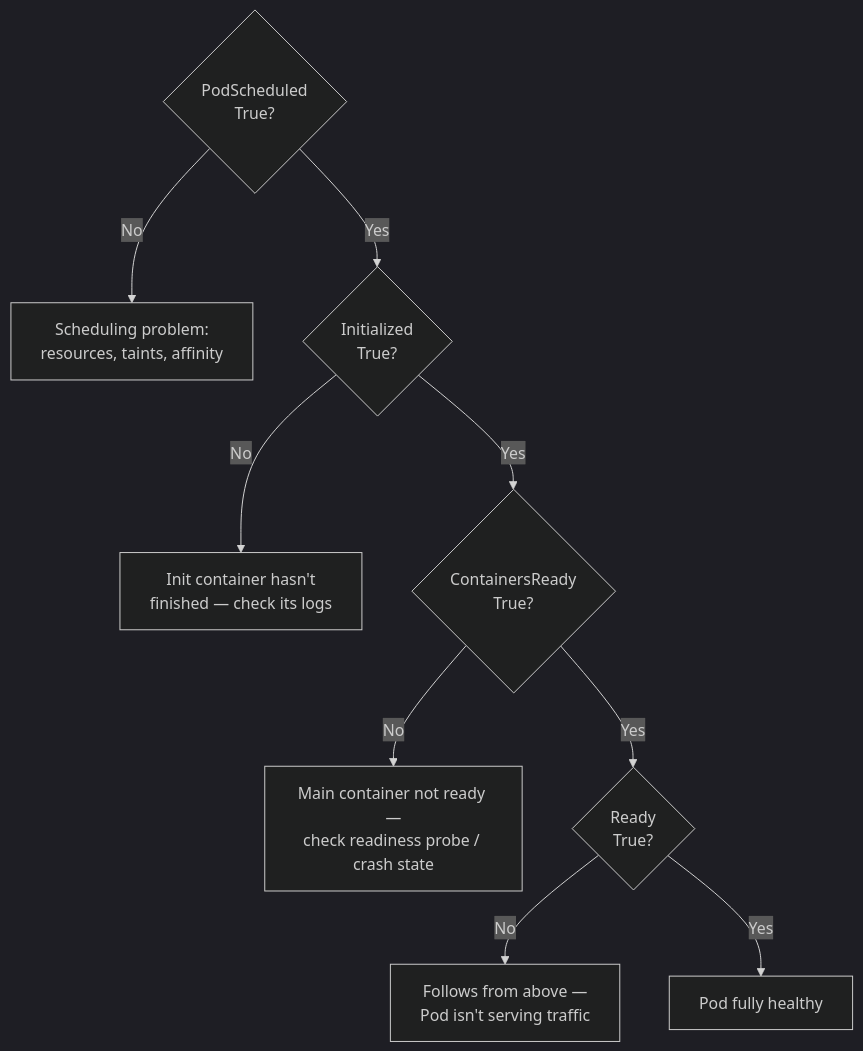
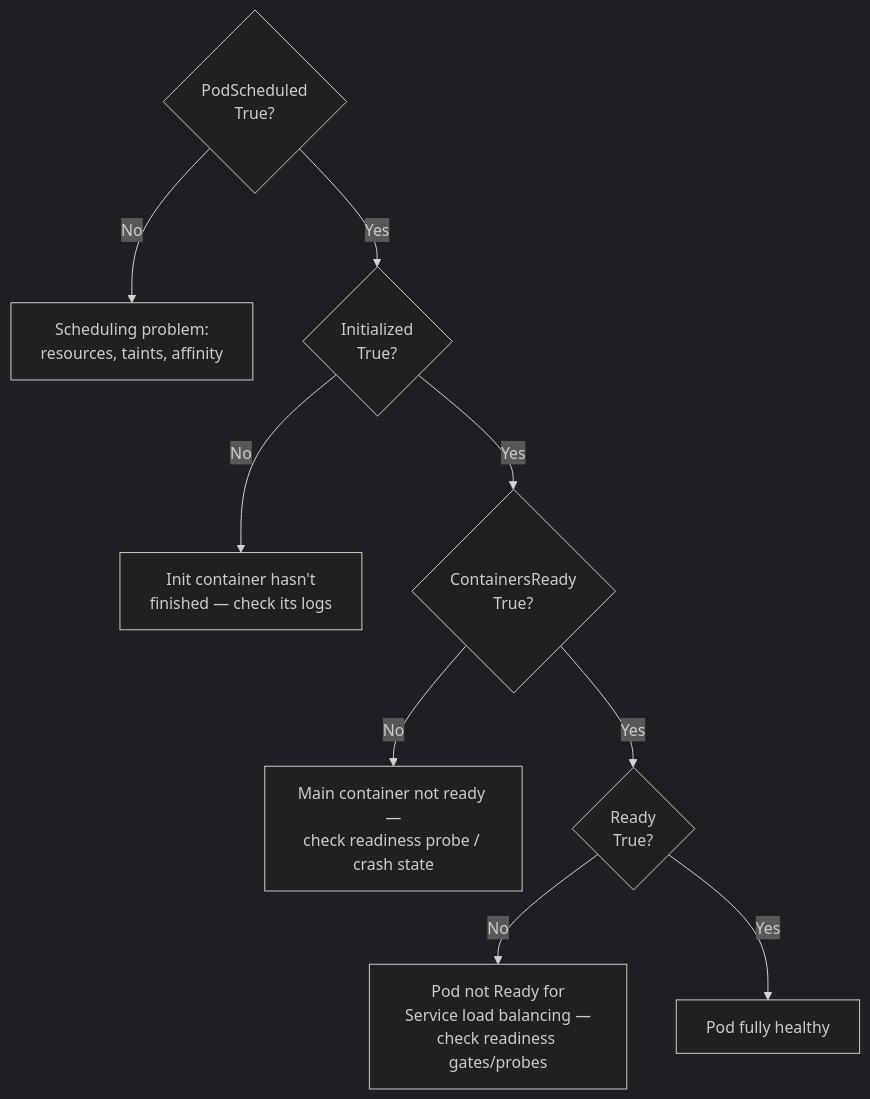
One commit to karthikreddy432/CKAD changed the second of 4 diagrams in 05_chapter_observability_maintenance.md. Above: the diagram before and after it, drawn with Mermaid (dark theme). The commit also changed other lines of this file and 13 other files, not shown here.

````diff
--- a/05_chapter_observability_maintenance.md
+++ b/05_chapter_observability_maintenance.md
@@ -99,19 +109,20 @@
 ```mermaid
 flowchart TD
     C1{"PodScheduled
 True?"} -->|No| F1["Scheduling problem:
 resources, taints, affinity"]
     C1 -->|Yes| C2{"Initialized
 True?"}
     C2 -->|No| F2["Init container hasn't
 finished — check its logs"]
     C2 -->|Yes| C3{"ContainersReady
 True?"}
     C3 -->|No| F3["Main container not ready —
 check readiness probe / crash state"]
     C3 -->|Yes| C4{"Ready
 True?"}
-    C4 -->|No| F4["Follows from above —
-Pod isn't serving traffic"]
+    C4 -->|No| F4["Pod not Ready for
+Service load balancing —
+check readiness gates/probes"]
     C4 -->|Yes| OK["Pod fully healthy"]
 ```
````
